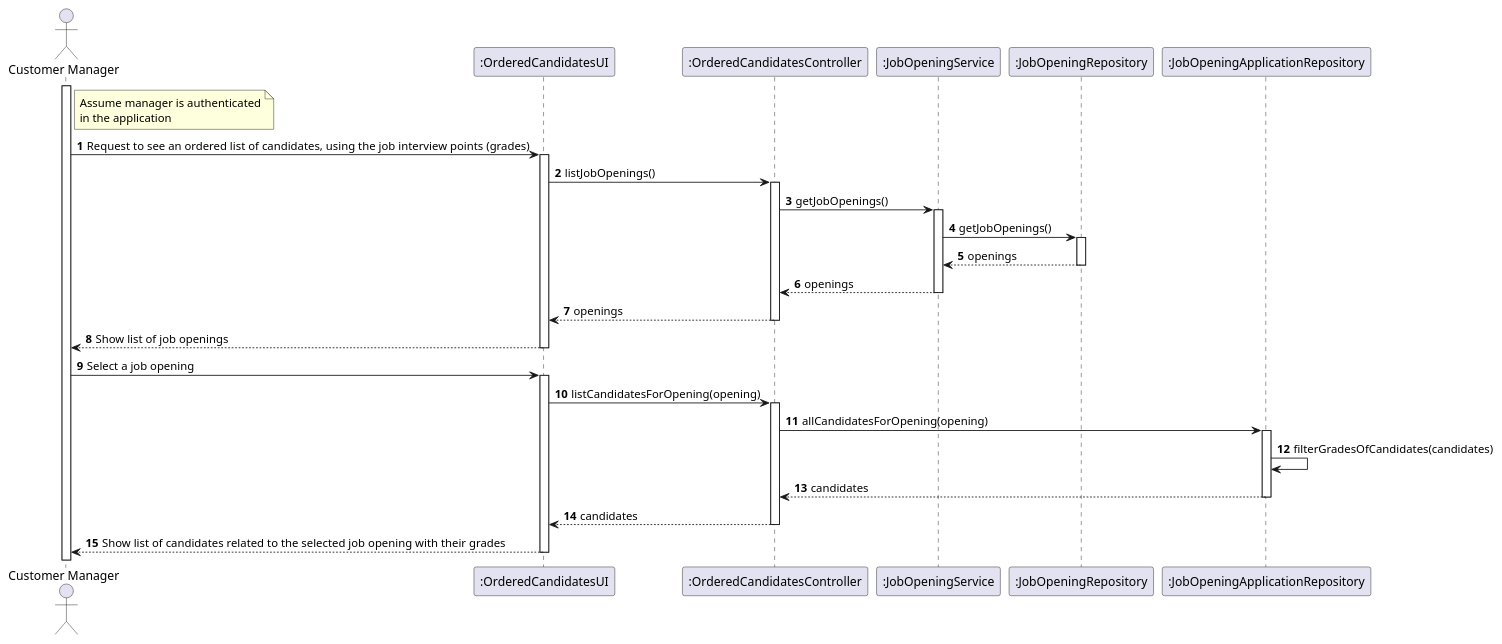
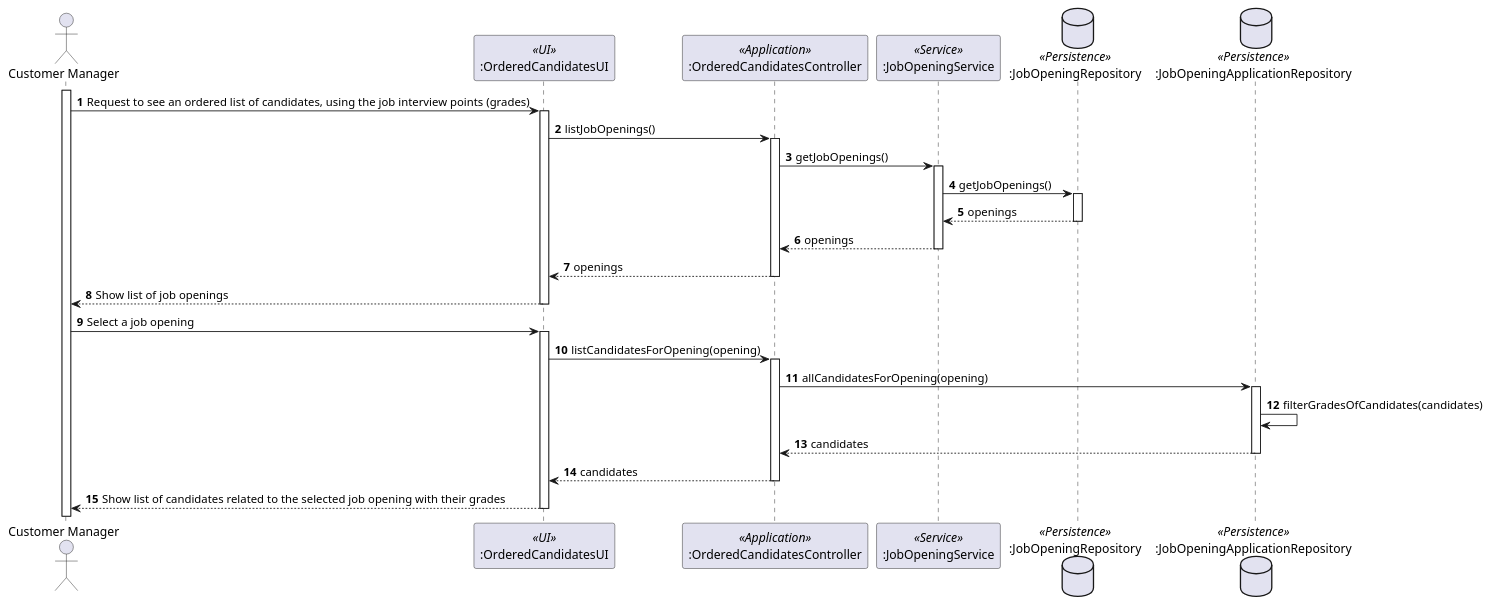
Before and after one commit to marcoferreira37/Lapr4: the diagram in docs/sprintC/1019/1019-sequence-diagram.puml, drawn with PlantUML. The commit also changed 3 other files, not shown here.

Commit message:
#44 Sequence-diagram, domain model and system-sequence-diagram updated #35 Domain model updated

```diff
--- a/docs/sprintC/1019/1019-sequence-diagram.puml
+++ b/docs/sprintC/1019/1019-sequence-diagram.puml
@@ -1,57 +1,53 @@
 @startuml
 
 actor "Customer Manager" as Agent
-participant ":OrderedCandidatesUI" as ui
-participant ":OrderedCandidatesController" as ctrl
-participant ":JobOpeningService" as jobServ
-participant ":JobOpeningRepository" as jobRepo
-participant ":JobOpeningApplicationRepository" as candRepo
+participant ":OrderedCandidatesUI" as ui <<UI>>
+participant ":OrderedCandidatesController" as ctrl <<Application>>
+participant ":JobOpeningService" as jobServ <<Service>>
+database ":JobOpeningRepository" as jobRepo <<Persistence>>
+database ":JobOpeningApplicationRepository" as candRepo <<Persistence>>
 
 autonumber
 
-note right of Agent
-  Assume manager is authenticated
-  in the application
-end note
 
 activate Agent
 
 Agent -> ui: Request to see an ordered list of candidates, using the job interview points (grades)
 
 activate ui
 ui -> ctrl: listJobOpenings()
 activate ctrl
 ctrl -> jobServ: getJobOpenings()
 activate jobServ
 jobServ -> jobRepo: getJobOpenings()
 activate jobRepo
 jobRepo --> jobServ: openings
 deactivate
 jobServ --> ctrl: openings
 deactivate
 ctrl --> ui: openings
 deactivate
 ui --> Agent: Show list of job openings
 deactivate
 Agent -> ui : Select a job opening
 activate ui
 ui -> ctrl: listCandidatesForOpening(opening)
 activate ctrl
 ctrl -> candRepo: allCandidatesForOpening(opening)
 
 activate candRepo
 
 candRepo -> candRepo : filterGradesOfCandidates(candidates)
 candRepo --> ctrl: candidates
 deactivate
 ctrl --> ui: candidates
 
 deactivate
 
 ui --> Agent : Show list of candidates related to the selected job opening with their grades
 
 deactivate
 
 
 
 @enduml
```
